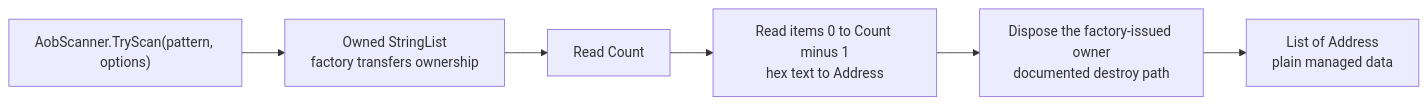
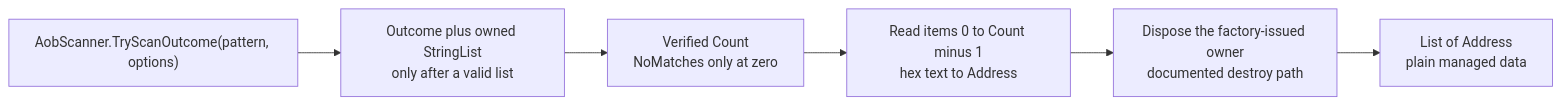
One commit to CheatEngineNet/CheatEngine.SDK changed the diagram in exemples/05-aob-scans/README.md. Above: the diagram before and after it, drawn with Mermaid. The commit also changed other lines of this file and 9 other files, not shown here.

````diff
--- a/exemples/05-aob-scans/README.md
+++ b/exemples/05-aob-scans/README.md
@@ -127,8 +131,8 @@
 ```mermaid
 flowchart LR
-    A["AobScanner.TryScan(pattern, options)"] --> B["Owned StringList<br/>factory transfers ownership"]
-    B --> C["Read Count"]
+    A["AobScanner.TryScanOutcome(pattern, options)"] --> B["Outcome plus owned StringList<br/>only after a valid list"]
+    B --> C["Verified Count<br/>NoMatches only at zero"]
     C --> D["Read items 0 to Count minus 1<br/>hex text to Address"]
     D --> E["Dispose the factory-issued owner<br/>documented destroy path"]
     E --> F["List of Address<br/>plain managed data"]
 ```
````
